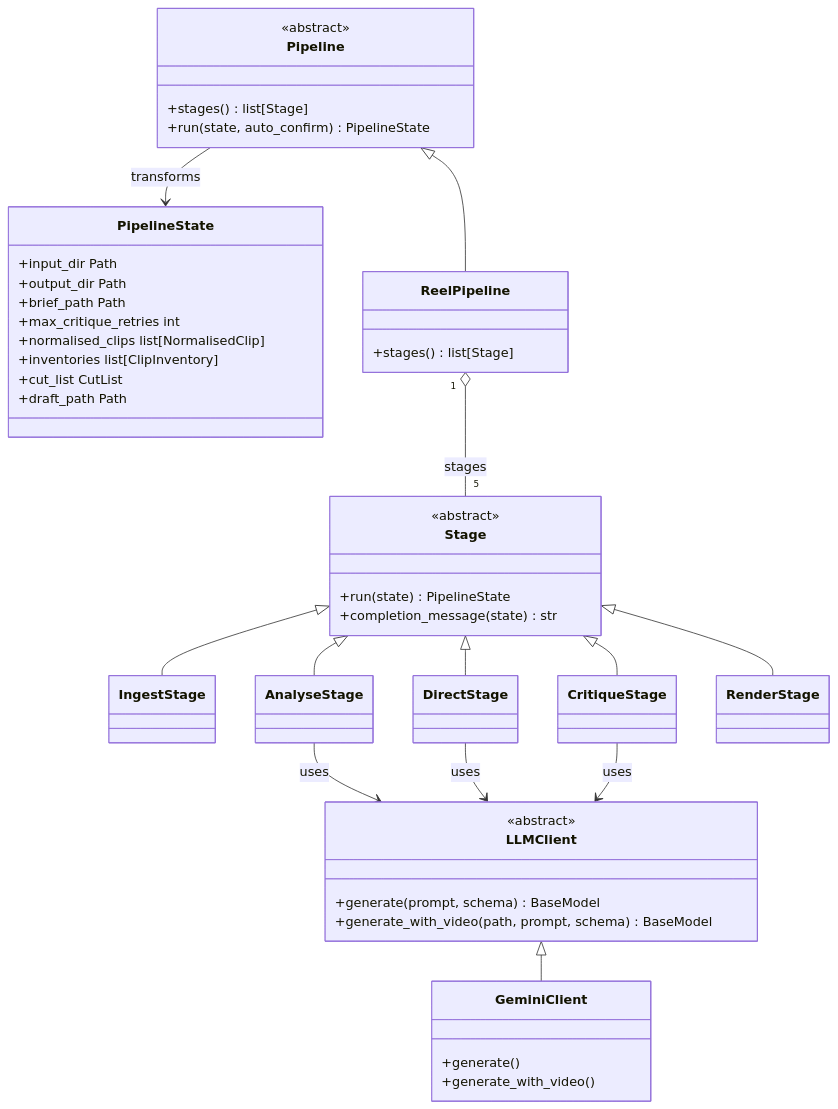
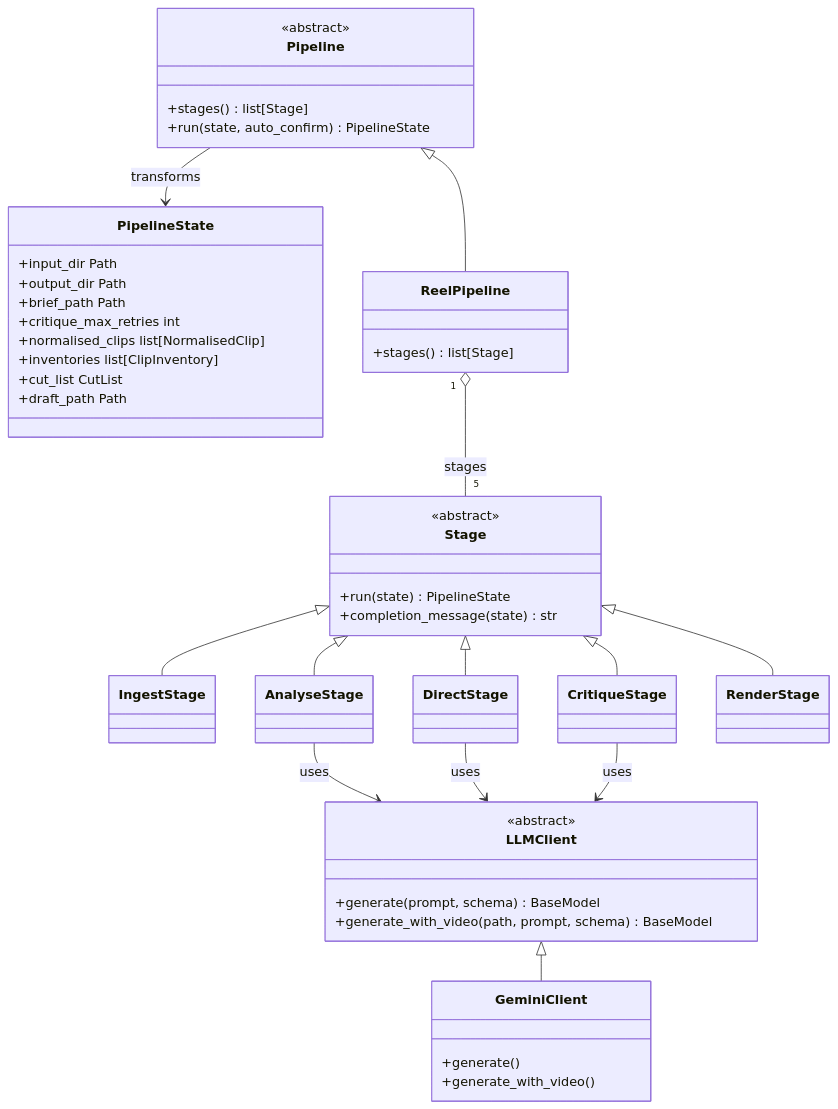
Before and after one commit to jyjulianwong/LasagnaStack: the fourth of 4 diagrams in ARCHITECTURE.md, drawn with Mermaid. The commit also changed 11 other files, not shown here.

````diff
--- a/ARCHITECTURE.md
+++ b/ARCHITECTURE.md
@@ -120,60 +120,60 @@
 ```mermaid
 classDiagram
     class Pipeline {
         <<abstract>>
         +stages() list[Stage]
         +run(state, auto_confirm) PipelineState
     }
 
     class Stage {
         <<abstract>>
         +run(state) PipelineState
         +completion_message(state) str
     }
 
     class PipelineState {
         +input_dir Path
         +output_dir Path
         +brief_path Path
-        +max_critique_retries int
+        +critique_max_retries int
         +normalised_clips list[NormalisedClip]
         +inventories list[ClipInventory]
         +cut_list CutList
         +draft_path Path
     }
 
     class LLMClient {
         <<abstract>>
         +generate(prompt, schema) BaseModel
         +generate_with_video(path, prompt, schema) BaseModel
     }
 
     class ReelPipeline {
         +stages() list[Stage]
     }
 
     class GeminiClient {
         +generate()
         +generate_with_video()
     }
 
     class IngestStage
     class AnalyseStage
     class DirectStage
     class CritiqueStage
     class RenderStage
 
     Pipeline  <|-- ReelPipeline
     Stage     <|-- IngestStage
     Stage     <|-- AnalyseStage
     Stage     <|-- DirectStage
     Stage     <|-- CritiqueStage
     Stage     <|-- RenderStage
     LLMClient <|-- GeminiClient
 
     ReelPipeline  "1" o-- "5" Stage       : stages
     Pipeline           --> PipelineState  : transforms
     AnalyseStage       --> LLMClient      : uses
     DirectStage        --> LLMClient      : uses
     CritiqueStage      --> LLMClient      : uses
 ```
````
